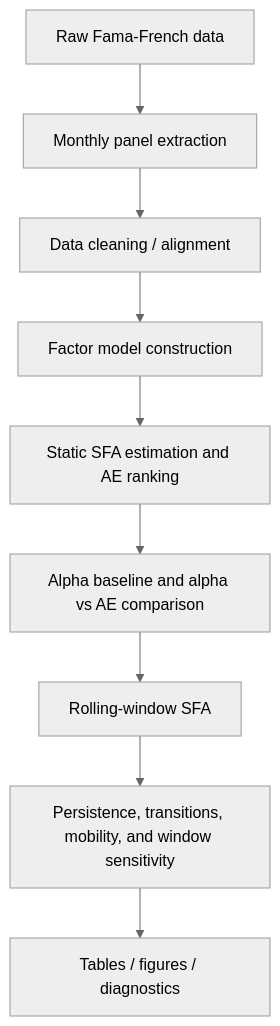
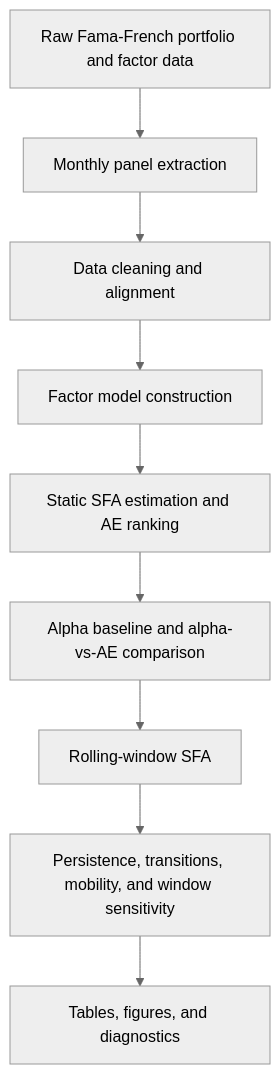
Before and after one commit to drmshoaib/latent-performance-benchmarking: the diagram in README.md, drawn with Mermaid (neutral theme). The commit also changed other lines of this file and 1 other file, not shown here.

````diff
--- a/README.md
+++ b/README.md
@@ -51,11 +98,11 @@
 ```mermaid
 flowchart TD
-    A["Raw Fama-French data"] --> B["Monthly panel extraction"]
-    B --> C["Data cleaning / alignment"]
+    A["Raw Fama-French portfolio and factor data"] --> B["Monthly panel extraction"]
+    B --> C["Data cleaning and alignment"]
     C --> D["Factor model construction"]
     D --> E["Static SFA estimation and AE ranking"]
-    E --> F["Alpha baseline and alpha vs AE comparison"]
+    E --> F["Alpha baseline and alpha-vs-AE comparison"]
     F --> G["Rolling-window SFA"]
     G --> H["Persistence, transitions, mobility, and window sensitivity"]
-    H --> I["Tables / figures / diagnostics"]
+    H --> I["Tables, figures, and diagnostics"]
 ```
````
